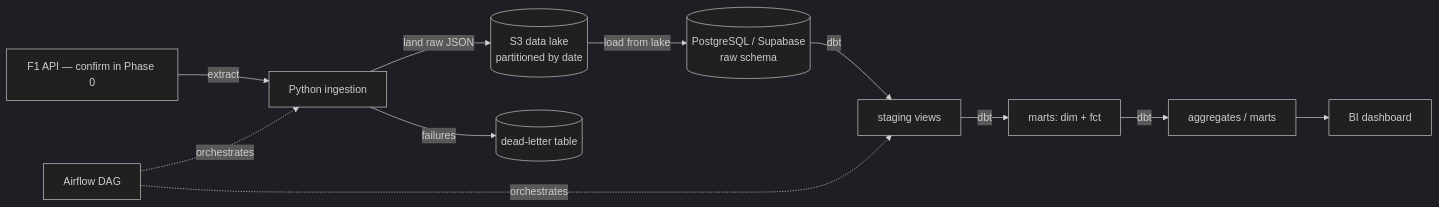
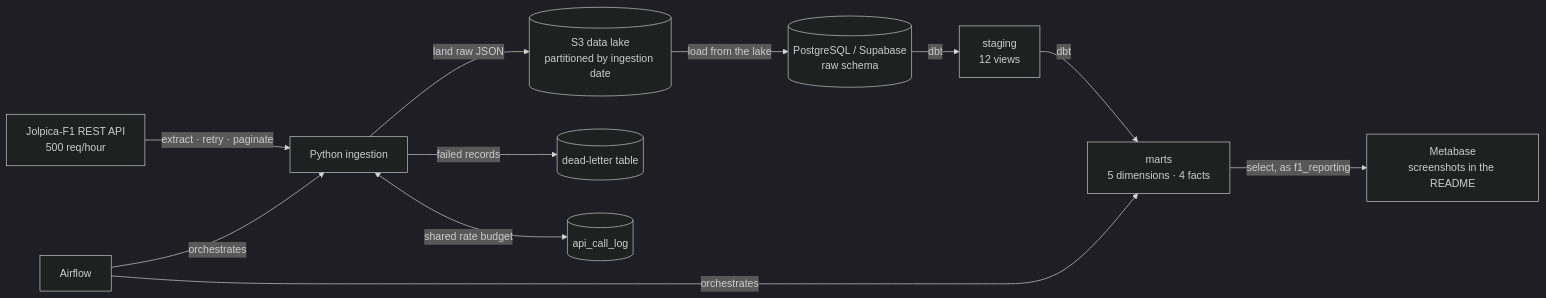
One commit to lemybetheone/f1-analytics-pipeline changed the diagram in context/ARCHITECTURE.md. Above: the diagram before and after it, drawn with Mermaid (dark theme). The commit also changed other lines of this file, not shown here.

First line of the commit message:
docs: make the architecture diagram match what was built

````diff
--- a/context/ARCHITECTURE.md
+++ b/context/ARCHITECTURE.md
@@ -10,13 +10,13 @@
 ```mermaid
 flowchart LR
-    A[F1 API — confirm in Phase 0] -->|extract| B[Python ingestion]
-    B -->|land raw JSON| C[(S3 data lake<br/>partitioned by date)]
-    C -->|load from lake| D[(PostgreSQL / Supabase<br/>raw schema)]
-    D -->|dbt| E[staging views]
-    E -->|dbt| F[marts: dim + fct]
-    F -->|dbt| G[aggregates / marts]
-    G --> H[BI dashboard]
-    I[Airflow DAG] -.orchestrates.-> B
-    I -.orchestrates.-> E
-    B -->|failures| J[(dead-letter table)]
+    A[Jolpica-F1 REST API<br/>500 req/hour] -->|extract · retry · paginate| B[Python ingestion]
+    B -->|land raw JSON| C[(S3 data lake<br/>partitioned by ingestion date)]
+    C -->|load from the lake| D[(PostgreSQL / Supabase<br/>raw schema)]
+    D -->|dbt| E[staging<br/>12 views]
+    E -->|dbt| F[marts<br/>5 dimensions · 4 facts]
+    F -->|select, as f1_reporting| H[Metabase<br/>screenshots in the README]
+    B -->|failed records| J[(dead-letter table)]
+    B <-->|shared rate budget| K[(api_call_log)]
+    I[Airflow] -->|orchestrates| B
+    I -->|orchestrates| F
 ```
````
